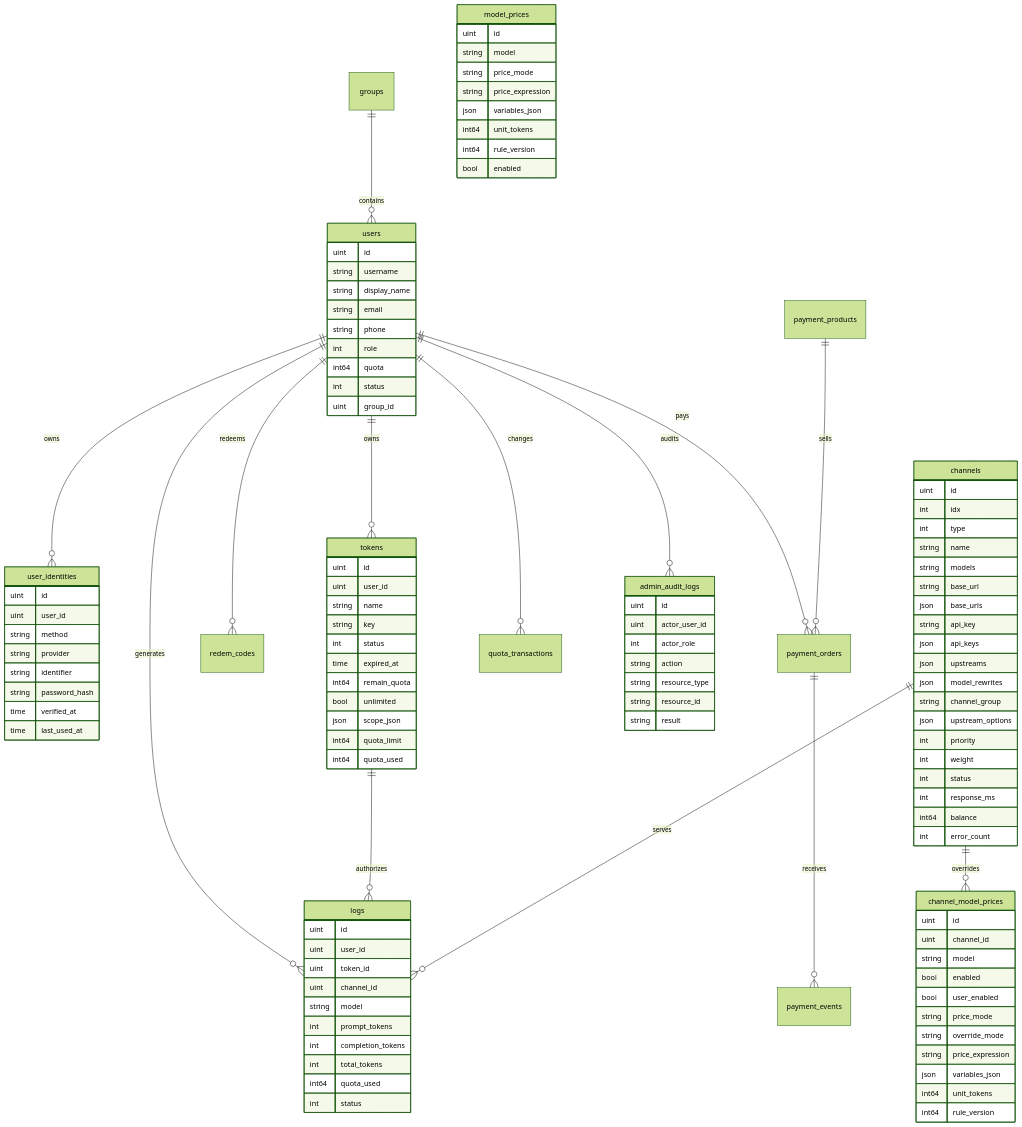
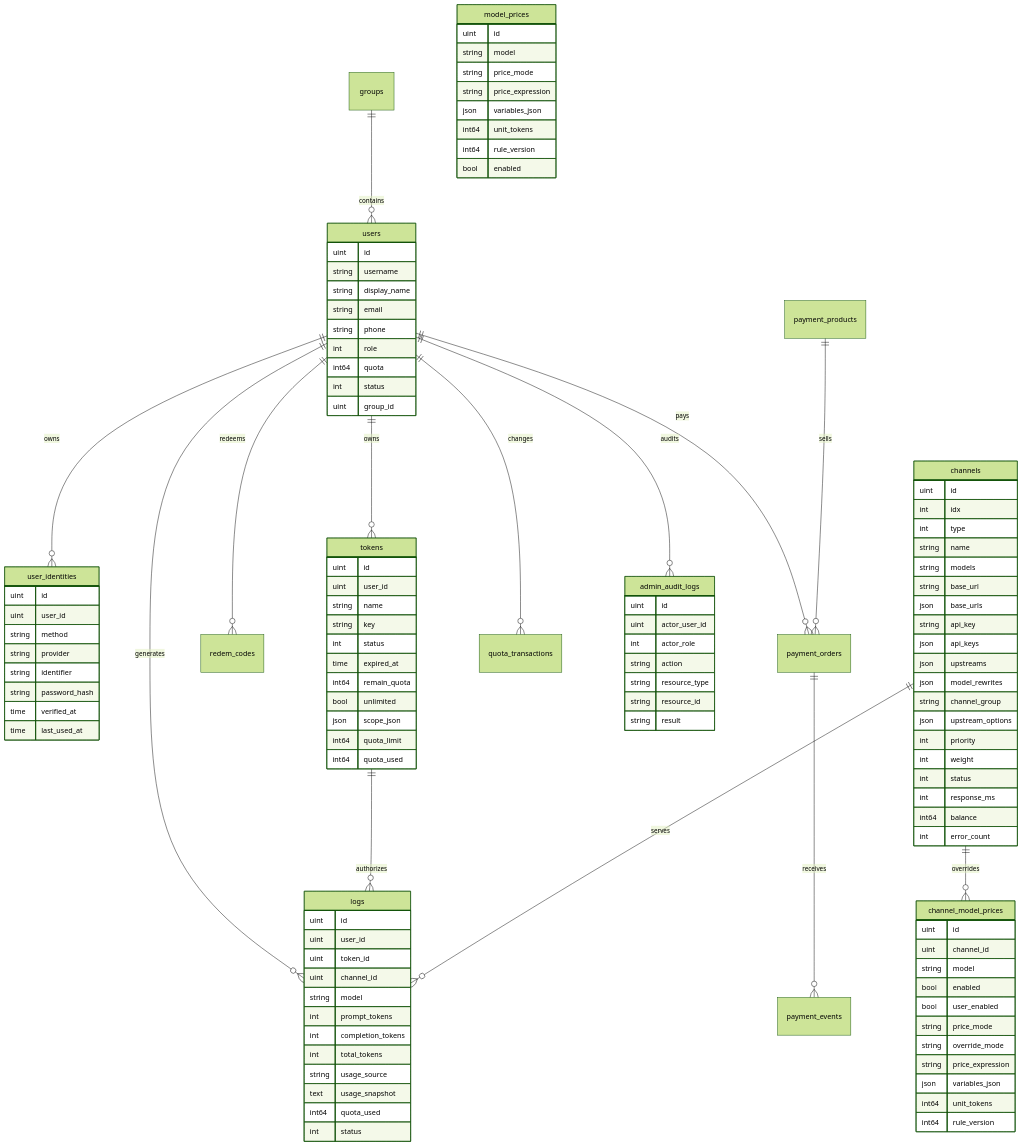
Before and after one commit to jellyfish-p/RouterX: the diagram in docs/DATA_MODEL.md, drawn with Mermaid (forest theme). The commit also changed other lines of this file and 12 other files, not shown here.

```diff
--- a/docs/DATA_MODEL.md
+++ b/docs/DATA_MODEL.md
@@ -100,6 +100,8 @@
         int prompt_tokens
         int completion_tokens
         int total_tokens
+        string usage_source
+        text usage_snapshot
         int64 quota_used
         int status
     }
```
